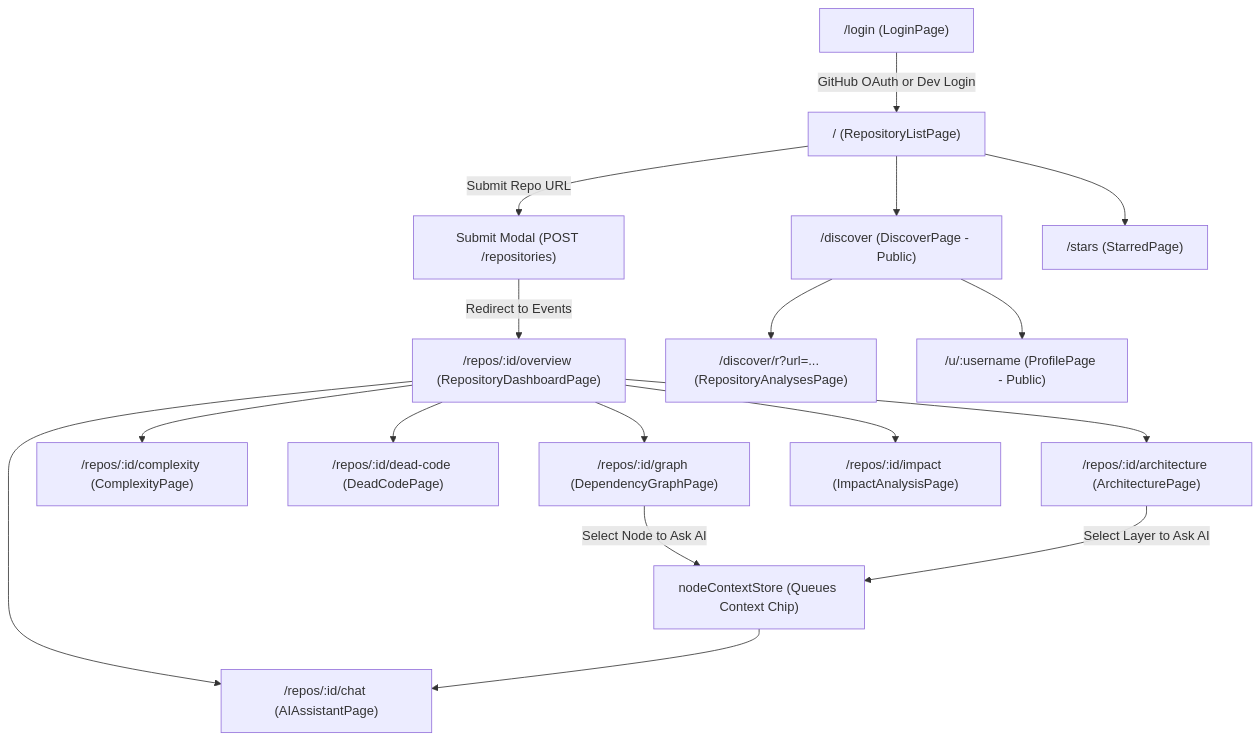
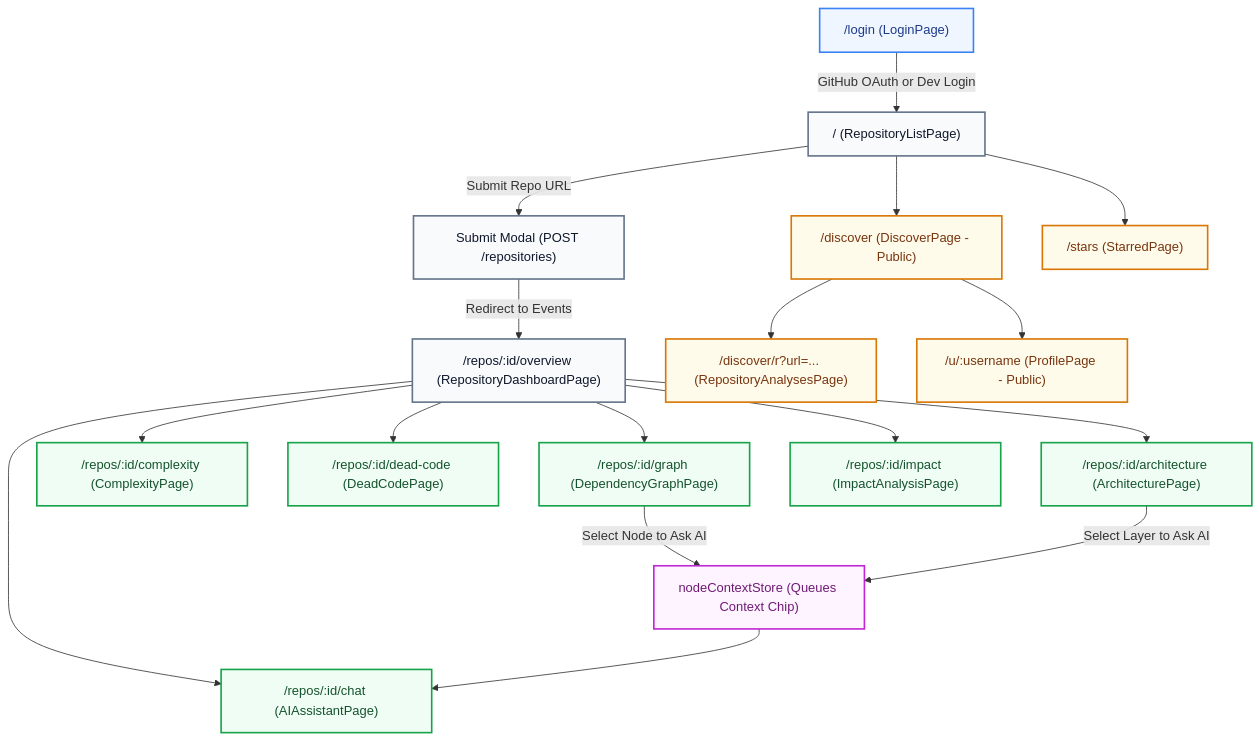
Before and after one commit to nikhil-87/CodeSensei: the first of 3 diagrams in vault/07-user-flows.md, drawn with Mermaid. The commit also changed 9 other files, not shown here.

Commit message:
docs: added some colors to mermaid diagrams

````diff
--- a/vault/07-user-flows.md
+++ b/vault/07-user-flows.md
@@ -10,23 +10,35 @@
 ```mermaid
 flowchart TD
     Login["/login (LoginPage)"] -->|GitHub OAuth or Dev Login| Dashboard["/ (RepositoryListPage)"]
     
     Dashboard -->|Submit Repo URL| SubmitModal["Submit Modal (POST /repositories)"]
     SubmitModal -->|Redirect to Events| RepoRoot["/repos/:id/overview (RepositoryDashboardPage)"]
     
     RepoRoot --> NavGraph["/repos/:id/graph (DependencyGraphPage)"]
     RepoRoot --> NavComp["/repos/:id/complexity (ComplexityPage)"]
     RepoRoot --> NavDead["/repos/:id/dead-code (DeadCodePage)"]
     RepoRoot --> NavArch["/repos/:id/architecture (ArchitecturePage)"]
     RepoRoot --> NavImp["/repos/:id/impact (ImpactAnalysisPage)"]
     RepoRoot --> NavChat["/repos/:id/chat (AIAssistantPage)"]
     
     NavGraph -->|Select Node to Ask AI| CrossContext["nodeContextStore (Queues Context Chip)"]
     NavArch -->|Select Layer to Ask AI| CrossContext
     CrossContext --> NavChat
 
     Dashboard --> Discover["/discover (DiscoverPage - Public)"]
     Discover --> RepoAnalyses["/discover/r?url=... (RepositoryAnalysesPage)"]
     Discover --> UserProfile["/u/:username (ProfilePage - Public)"]
     Dashboard --> Starred["/stars (StarredPage)"]
+
+    classDef auth fill:#eff6ff,stroke:#3b82f6,stroke-width:2px,color:#1e3a8a;
+    classDef core fill:#f8fafc,stroke:#64748b,stroke-width:2px,color:#0f172a;
+    classDef tool fill:#f0fdf4,stroke:#16a34a,stroke-width:2px,color:#14532d;
+    classDef context fill:#fdf4ff,stroke:#c026d3,stroke-width:2px,color:#701a75;
+    classDef public fill:#fffbeb,stroke:#d97706,stroke-width:2px,color:#78350f;
+
+    class Login auth;
+    class Dashboard,SubmitModal,RepoRoot core;
+    class NavGraph,NavComp,NavDead,NavArch,NavImp,NavChat tool;
+    class CrossContext context;
+    class Discover,RepoAnalyses,UserProfile,Starred public;
 ```
````
